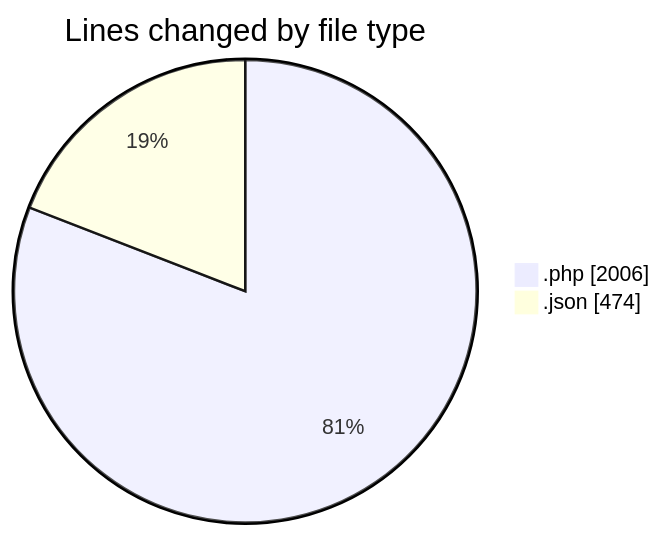
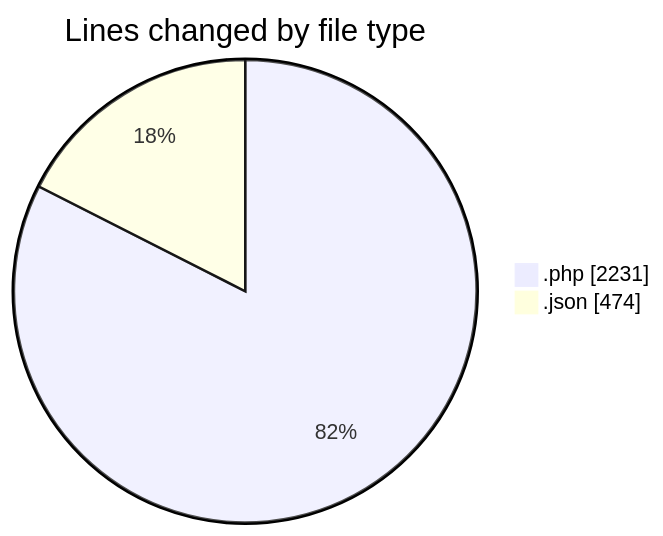
One commit to idhammustaqopulfikri/code-tracking changed the first of 2 diagrams in 2025-06-22/studio-backend/README.md. Above: the diagram before and after it, drawn with Mermaid. The commit also changed other lines of this file and 1 other file, not shown here.

````diff
--- a/2025-06-22/studio-backend/README.md
+++ b/2025-06-22/studio-backend/README.md
@@ -29,6 +30,6 @@
 ```mermaid
 pie showData
 title Lines changed by file type
-".php" : 2006
+".php" : 2231
 ".json" : 474
 ```
````
